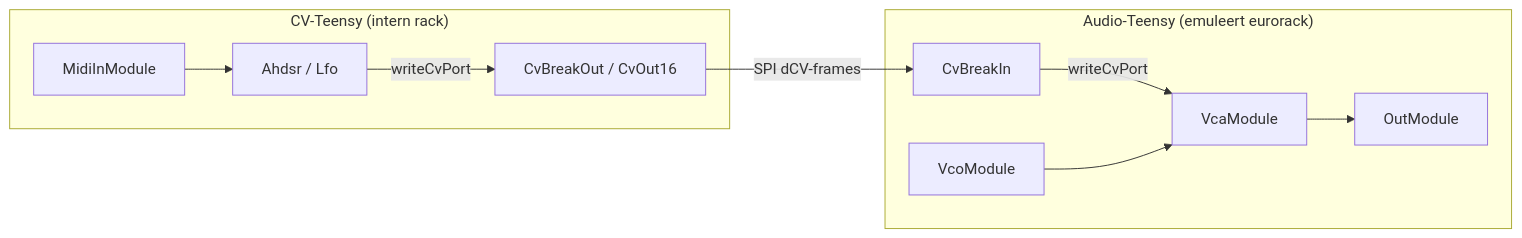
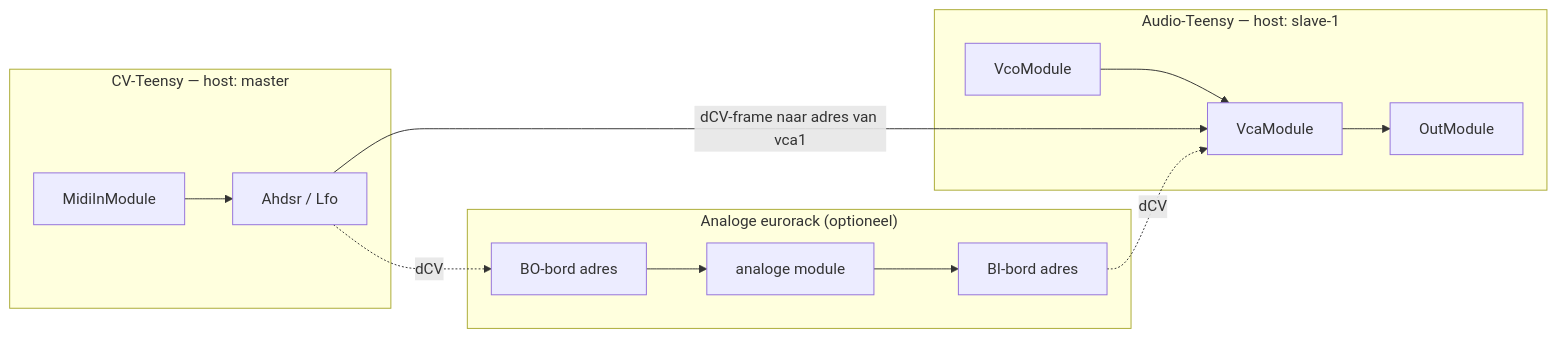
One commit to MarkWestbroek/MusicBrain changed the third of 3 diagrams in doc/uml/08-core-runtime-hierarchy.md. Above: the diagram before and after it, drawn with Mermaid. The commit also changed other lines of this file and 6 other files, not shown here.

````diff
--- a/doc/uml/08-core-runtime-hierarchy.md
+++ b/doc/uml/08-core-runtime-hierarchy.md
@@ -243,12 +305,17 @@
 ```mermaid
 flowchart LR
-    subgraph CV["CV-Teensy (intern rack)"]
+    subgraph CV["CV-Teensy — host: master"]
         MIDI[MidiInModule] --> AH[Ahdsr / Lfo]
-        AH -->|writeCvPort| OUT[CvBreakOut / CvOut16]
     end
-    OUT -->|SPI dCV-frames| IN
-    subgraph AU["Audio-Teensy (emuleert eurorack)"]
-        IN[CvBreakIn] -->|writeCvPort| VCA[VcaModule]
-        VCO[VcoModule] --> VCA --> O[OutModule]
+    subgraph AU["Audio-Teensy — host: slave-1"]
+        VCO[VcoModule] --> VCA[VcaModule] --> O[OutModule]
     end
+    AH -->|dCV-frame naar adres van vca1| VCA
+
+    subgraph EXT["Analoge eurorack (optioneel)"]
+        BO[BO-bord adres] --> ANA[analoge module]
+        ANA --> BI[BI-bord adres]
+    end
+    AH -.dCV.-> BO
+    BI -.dCV.-> VCA
 ```
````
